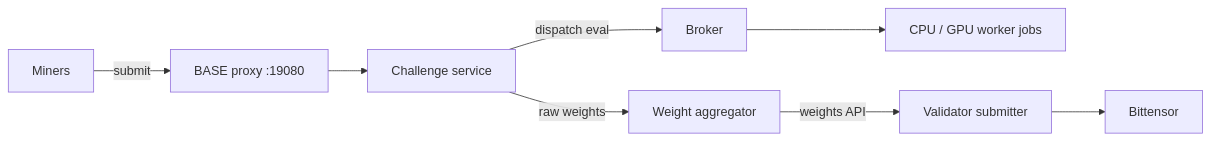
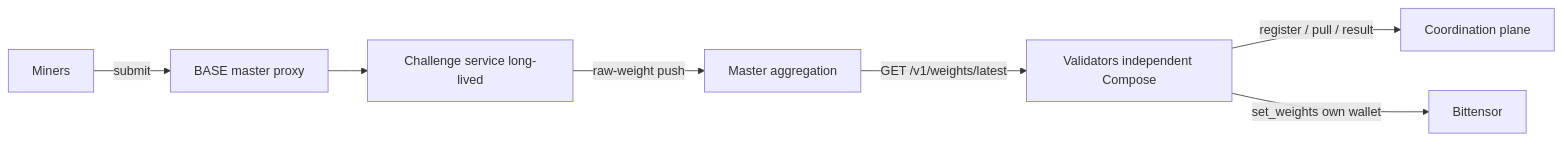
Before and after one commit to BaseIntelligence/base: the diagram in docs/architecture.md, drawn with Mermaid. The commit also changed other lines of this file and 10 other files, not shown here.

````diff
--- a/docs/architecture.md
+++ b/docs/architecture.md
@@ -9,10 +14,9 @@
 ```mermaid
 flowchart LR
-    M[Miners] -->|submit| P["BASE proxy :19080"]
-    P --> C[Challenge service]
-    C -->|dispatch eval| B[Broker]
-    B --> W[CPU / GPU worker jobs]
-    C -->|raw weights| G[Weight aggregator]
-    G -->|weights API| SUB[Validator submitter]
-    SUB --> BT[Bittensor]
+    M[Miners] -->|submit| P["BASE master proxy"]
+    P --> C[Challenge service long-lived]
+    C -->|raw-weight push| G[Master aggregation]
+    V[Validators independent Compose] -->|register / pull / result| CP[Coordination plane]
+    G -->|GET /v1/weights/latest| V
+    V -->|set_weights own wallet| BT[Bittensor]
 ```
````
